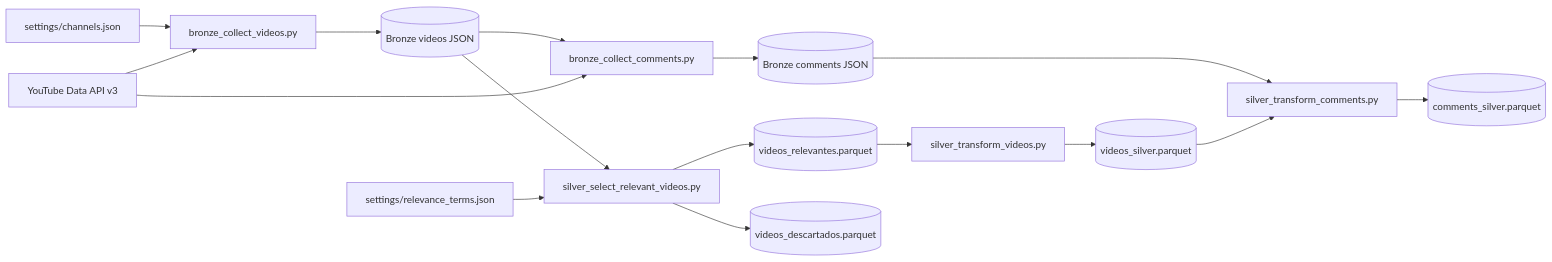
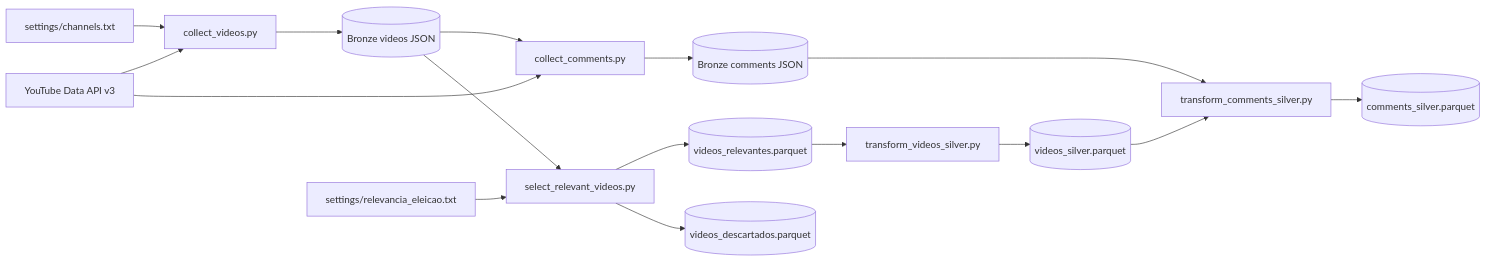
Before and after one commit to vitorestevam/tcc-engdados: the diagram in docs/overview.md, drawn with Mermaid. The commit also changed other lines of this file and 22 other files, not shown here.

````diff
--- a/docs/overview.md
+++ b/docs/overview.md
@@ -38,18 +38,18 @@
 ```mermaid
 flowchart LR
-    CFG["settings/channels.json"] --> V["bronze_collect_videos.py"]
+    CFG["settings/channels.txt"] --> V["collect_videos.py"]
     API["YouTube Data API v3"] --> V
     V --> BV[("Bronze videos JSON")]
-    BV --> C["bronze_collect_comments.py"]
+    BV --> C["collect_comments.py"]
     API --> C
     C --> BC[("Bronze comments JSON")]
-    BV --> R["silver_select_relevant_videos.py"]
-    TERMS["settings/relevance_terms.json"] --> R
+    BV --> R["select_relevant_videos.py"]
+    TERMS["settings/relevancia_eleicao.txt"] --> R
     R --> VR[("videos_relevantes.parquet")]
     R --> VD[("videos_descartados.parquet")]
-    VR --> VS["silver_transform_videos.py"]
+    VR --> VS["transform_videos_silver.py"]
     VS --> SV[("videos_silver.parquet")]
-    BC --> CS["silver_transform_comments.py"]
+    BC --> CS["transform_comments_silver.py"]
     SV --> CS
     CS --> SC[("comments_silver.parquet")]
 ```
````
